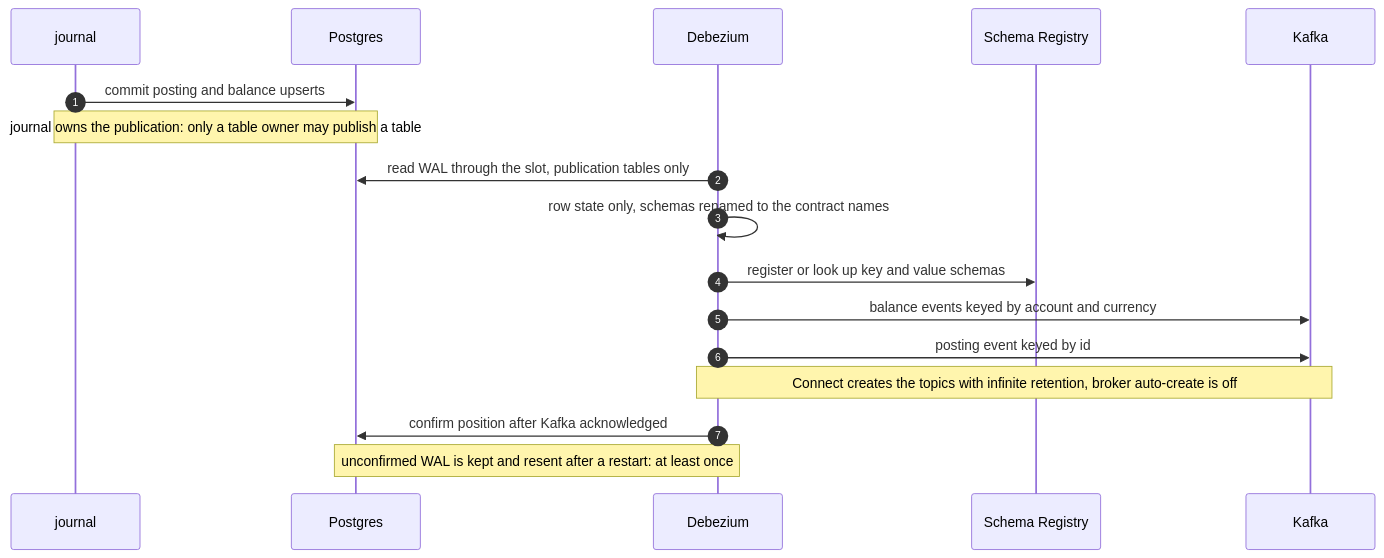
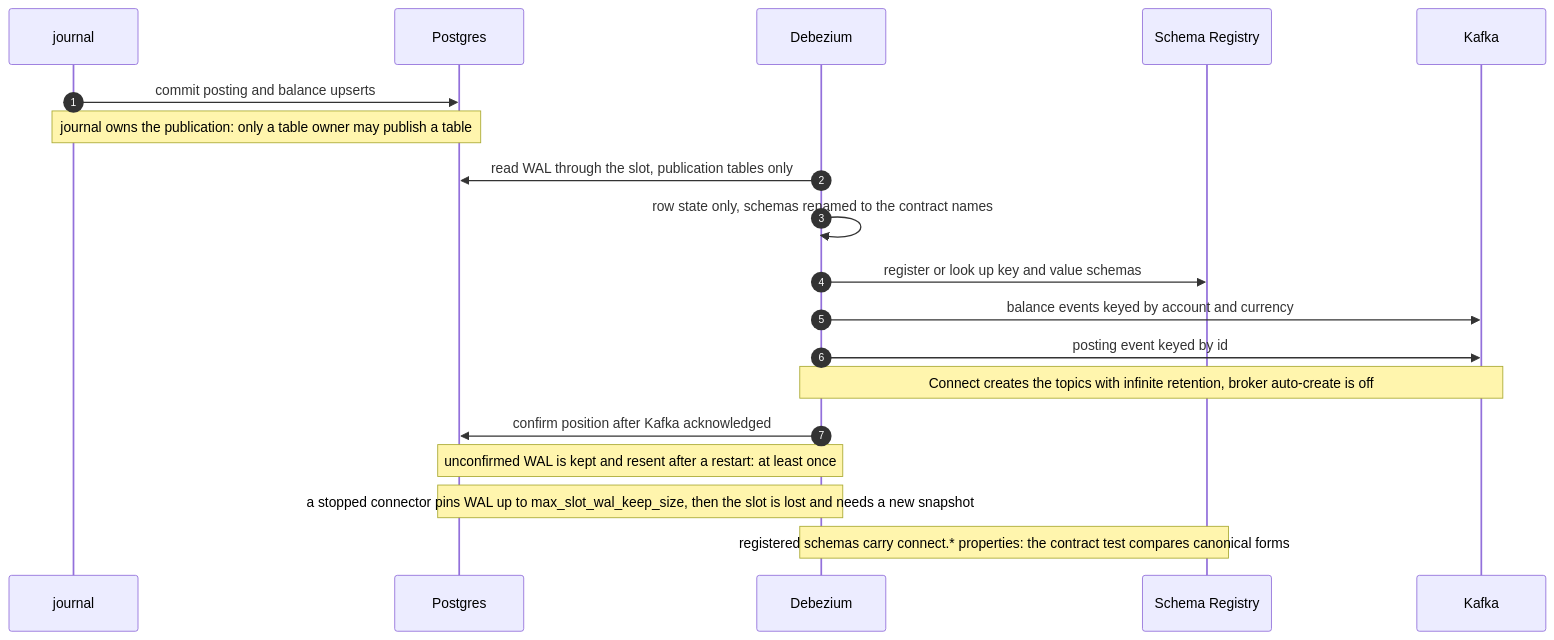
One commit to apulbere/ledger changed the diagram in services/journal/docs/change-events.md. Above: the diagram before and after it, drawn with Mermaid. The commit also changed 6 other files, not shown here.

````diff
--- a/services/journal/docs/change-events.md
+++ b/services/journal/docs/change-events.md
@@ -5,19 +5,21 @@
 ```mermaid
 sequenceDiagram
     autonumber
     participant J as journal
     participant DB as Postgres
     participant D as Debezium
     participant SR as Schema Registry
     participant K as Kafka
     J->>DB: commit posting and balance upserts
     Note over J,DB: journal owns the publication: only a table owner may publish a table
     D->>DB: read WAL through the slot, publication tables only
     D->>D: row state only, schemas renamed to the contract names
     D->>SR: register or look up key and value schemas
     D->>K: balance events keyed by account and currency
     D->>K: posting event keyed by id
     Note over D,K: Connect creates the topics with infinite retention, broker auto-create is off
     D->>DB: confirm position after Kafka acknowledged
     Note over D,DB: unconfirmed WAL is kept and resent after a restart: at least once
+    Note over D,DB: a stopped connector pins WAL up to max_slot_wal_keep_size, then the slot is lost and needs a new snapshot
+    Note over D,SR: registered schemas carry connect.* properties: the contract test compares canonical forms
 ```
````
